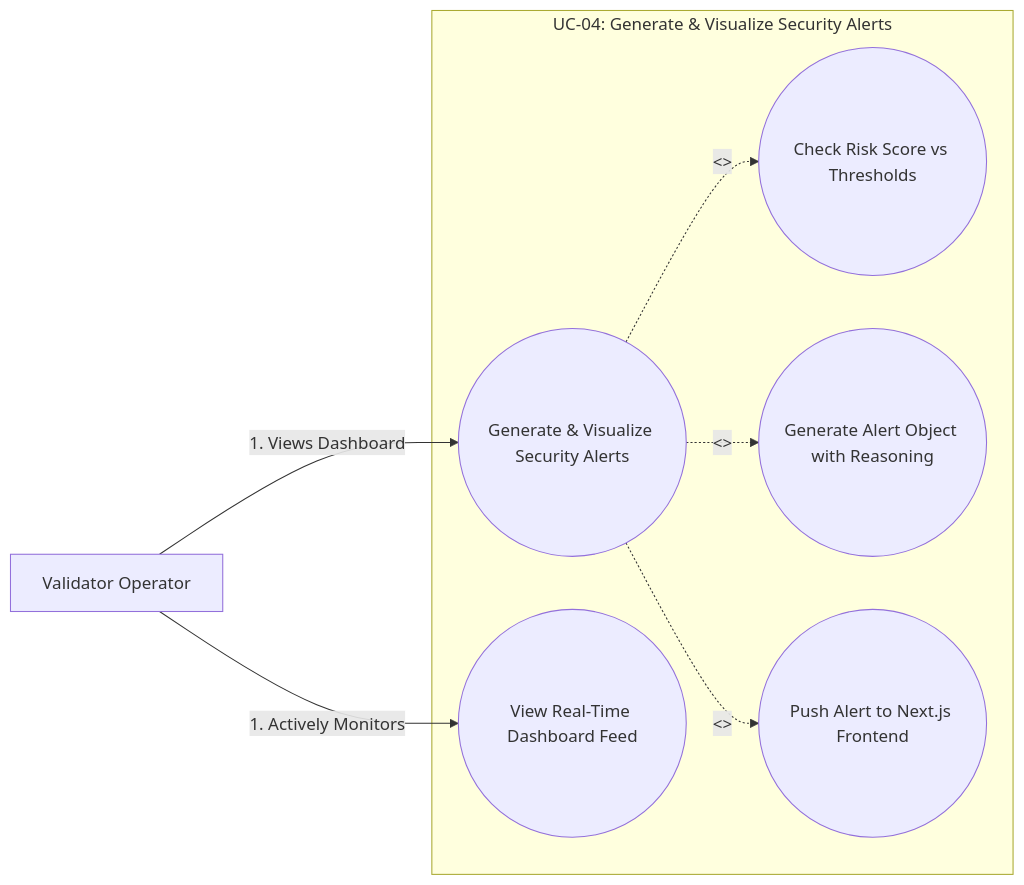
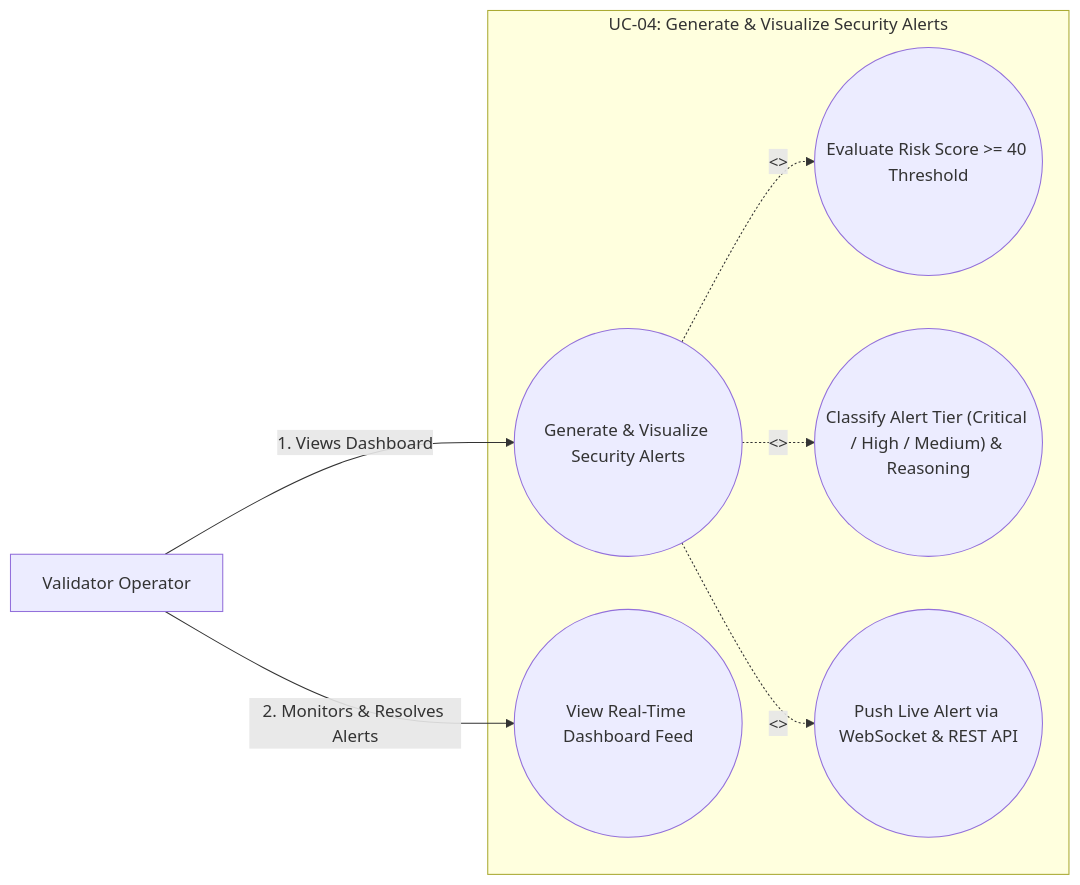
Before and after one commit to sheikhrehanseo/ValiGuard-Project-Main: the fourth of 23 diagrams in ValiGuard_Docs/ValiGuard_AI_Phase_1_Documentation.md, drawn with Mermaid. The commit also changed other lines of this file and 16 other files, not shown here.

````diff
--- a/ValiGuard_Docs/ValiGuard_AI_Phase_1_Documentation.md
+++ b/ValiGuard_Docs/ValiGuard_AI_Phase_1_Documentation.md
@@ -408,26 +408,26 @@
 ```mermaid
 flowchart LR
 
 %% Actor
 Operator[Validator Operator]
 
 %% System Boundary
 subgraph UC04["UC-04: Generate & Visualize Security Alerts"]
 
     UC04_Main(("Generate & Visualize Security Alerts"))
     UC04_Step1(("View Real-Time Dashboard Feed"))
-    UC04_Step2(("Check Risk Score vs Thresholds"))
-    UC04_Step3(("Generate Alert Object with Reasoning"))
-    UC04_Step4(("Push Alert to Next.js Frontend"))
+    UC04_Step2(("Evaluate Risk Score >= 40 Threshold"))
+    UC04_Step3(("Classify Alert Tier (Critical / High / Medium) & Reasoning"))
+    UC04_Step4(("Push Live Alert via WebSocket & REST API"))
 
 end
 
 %% Actor Connections
 Operator -->|"1. Views Dashboard"| UC04_Main
-Operator -->|"1. Actively Monitors"| UC04_Step1
+Operator -->|"2. Monitors & Resolves Alerts"| UC04_Step1
 
 %% Include Relationships
 UC04_Main -. "<<include>>" .-> UC04_Step2
 UC04_Main -. "<<include>>" .-> UC04_Step3
 UC04_Main -. "<<include>>" .-> UC04_Step4
 ```
````
